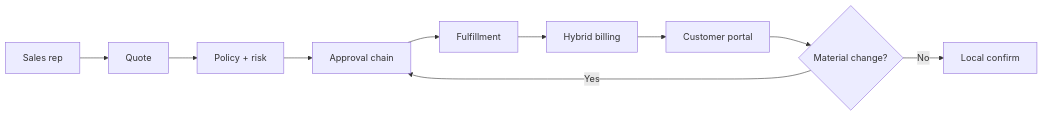
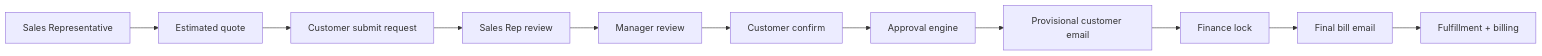
One commit to upadhyaydhruv202-hue/dealflow360-intelligent-sales-operations changed the first of 4 diagrams in README.md. Above: the diagram before and after it, drawn with Mermaid. The commit also changed other lines of this file and 87 other files, not shown here.

````diff
--- a/README.md
+++ b/README.md
@@ -31,12 +31,13 @@
 ```mermaid
 flowchart LR
-  A[Sales rep] --> B[Quote]
-  B --> C[Policy + risk]
-  C --> D[Approval chain]
-  D --> E[Fulfillment]
-  E --> F[Hybrid billing]
-  F --> G[Customer portal]
-  G --> H{Material change?}
-  H -->|Yes| D
-  H -->|No| I[Local confirm]
+  A[Sales Representative] --> B[Estimated quote]
+  B --> C[Customer submit request]
+  C --> D[Sales Rep review]
+  D --> E[Manager review]
+  E --> F[Customer confirm]
+  F --> G[Approval engine]
+  G --> H[Provisional customer email]
+  H --> I[Finance lock]
+  I --> J[Final bill email]
+  J --> K[Fulfillment + billing]
 ```
````
